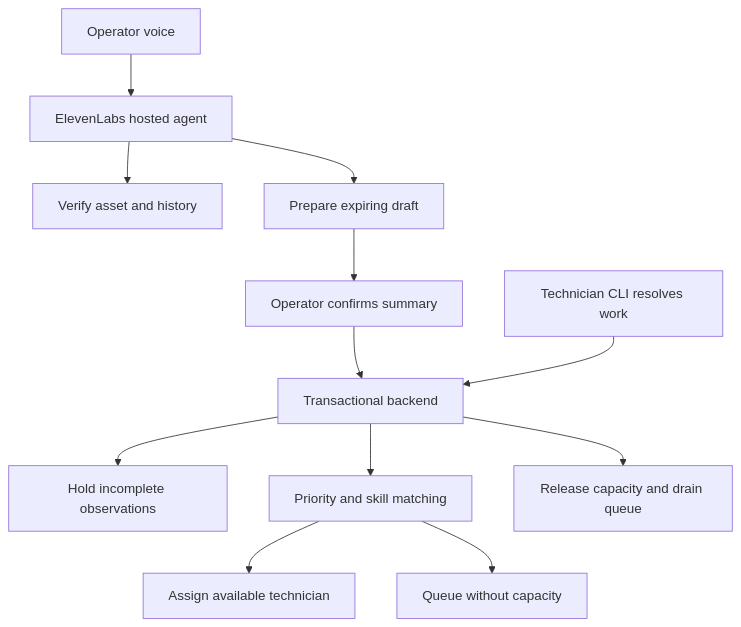
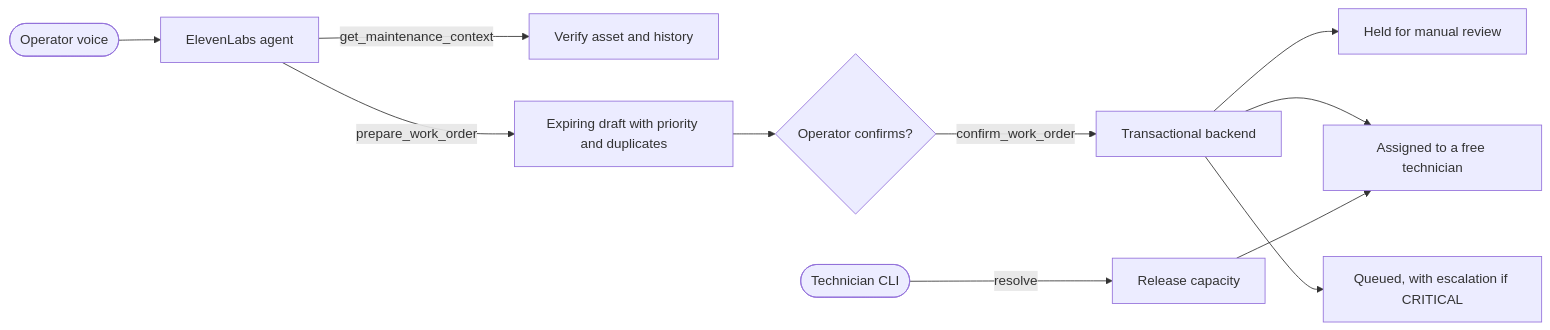
One commit to samanyudas/voiceops changed the first of 2 diagrams in README.md. Above: the diagram before and after it, drawn with Mermaid. The commit also changed other lines of this file and 1 other file, not shown here.

````diff
--- a/README.md
+++ b/README.md
@@ -17,14 +43,13 @@
 ```mermaid
-flowchart TD
-  Operator[Operator voice] --> Agent[ElevenLabs hosted agent]
-  Agent --> Context[Verify asset and history]
-  Agent --> Draft[Prepare expiring draft]
-  Draft --> Confirm[Operator confirms summary]
-  Confirm --> Backend[Transactional backend]
-  Backend --> Held[Hold incomplete observations]
-  Backend --> Dispatch[Priority and skill matching]
-  Dispatch --> Assigned[Assign available technician]
-  Dispatch --> Queue[Queue without capacity]
-  Technician[Technician CLI resolves work] --> Backend
-  Backend --> Reassign[Release capacity and drain queue]
+flowchart LR
+  Operator([Operator voice]) --> Agent[ElevenLabs agent]
+  Agent -->|get_maintenance_context| Context[Verify asset and history]
+  Agent -->|prepare_work_order| Draft[Expiring draft with priority and duplicates]
+  Draft --> Consent{Operator confirms?}
+  Consent -->|confirm_work_order| Backend[Transactional backend]
+  Backend --> Held[Held for manual review]
+  Backend --> Assigned[Assigned to a free technician]
+  Backend --> Queued[Queued, with escalation if CRITICAL]
+  Tech([Technician CLI]) -->|resolve| Release[Release capacity]
+  Release --> Assigned
 ```
````
